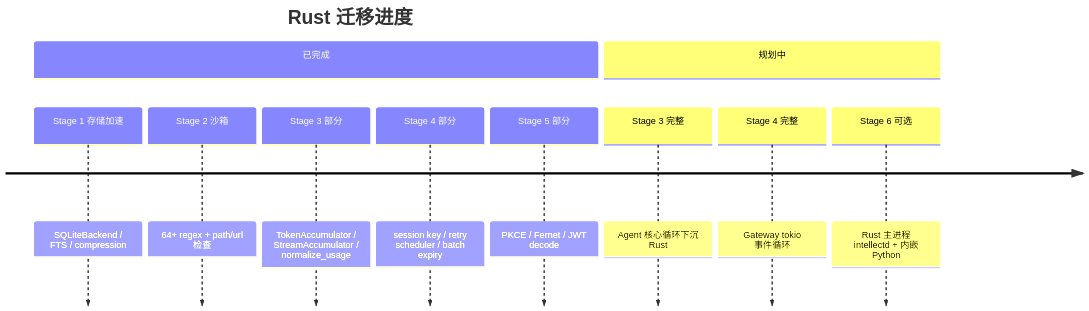
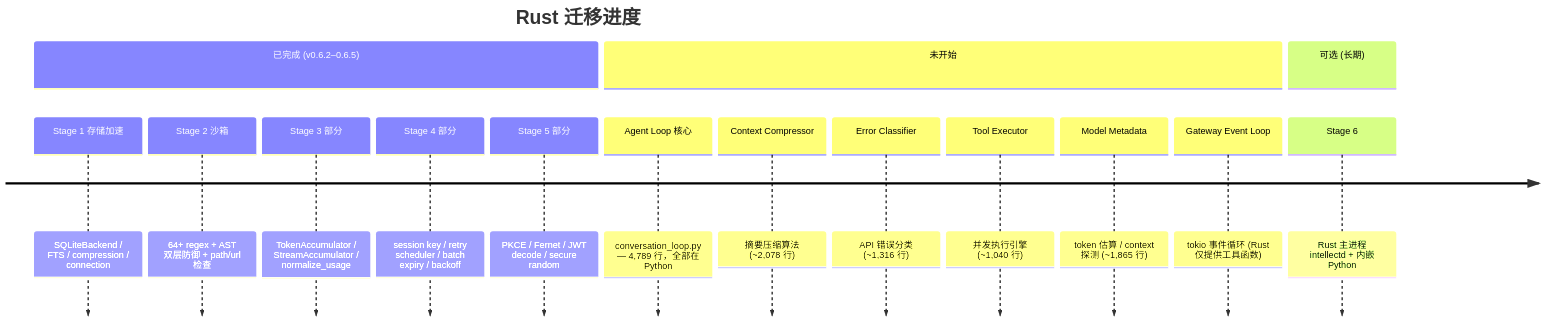
One commit to ontoweb-cn/intellect-agent changed the third of 3 diagrams in docs/architecture/rust-python-interaction.md. Above: the diagram before and after it, drawn with Mermaid. The commit also changed other lines of this file and 2 other files, not shown here.

First line of the commit message:
docs: update Rust migration audit docs (v0.6.5, ~13% migration rate)

````diff
--- a/docs/architecture/rust-python-interaction.md
+++ b/docs/architecture/rust-python-interaction.md
@@ -284,14 +366,19 @@
 ```mermaid
 timeline
     title Rust 迁移进度
-    section 已完成
-        Stage 1 存储加速 : SQLiteBackend / FTS / compression
-        Stage 2 沙箱 : 64+ regex + path/url 检查
+    section 已完成 (v0.6.2–0.6.5)
+        Stage 1 存储加速 : SQLiteBackend / FTS / compression / connection
+        Stage 2 沙箱 : 64+ regex + AST 双层防御 + path/url 检查
         Stage 3 部分 : TokenAccumulator / StreamAccumulator / normalize_usage
-        Stage 4 部分 : session key / retry scheduler / batch expiry
-        Stage 5 部分 : PKCE / Fernet / JWT decode
-    section 规划中
-        Stage 3 完整 : Agent 核心循环下沉 Rust
-        Stage 4 完整 : Gateway tokio 事件循环
-        Stage 6 可选 : Rust 主进程 intellectd + 内嵌 Python
+        Stage 4 部分 : session key / retry scheduler / batch expiry / backoff
+        Stage 5 部分 : PKCE / Fernet / JWT decode / secure random
+    section 未开始
+        Agent Loop 核心 : conversation_loop.py — 4,789 行，全部在 Python
+        Context Compressor : 摘要压缩算法 (~2,078 行)
+        Error Classifier : API 错误分类 (~1,316 行)
+        Tool Executor : 并发执行引擎 (~1,040 行)
+        Model Metadata : token 估算 / context 探测 (~1,865 行)
+        Gateway Event Loop : tokio 事件循环 (Rust 仅提供工具函数)
+    section 可选 (长期)
+        Stage 6 : Rust 主进程 intellectd + 内嵌 Python
 ```
````
